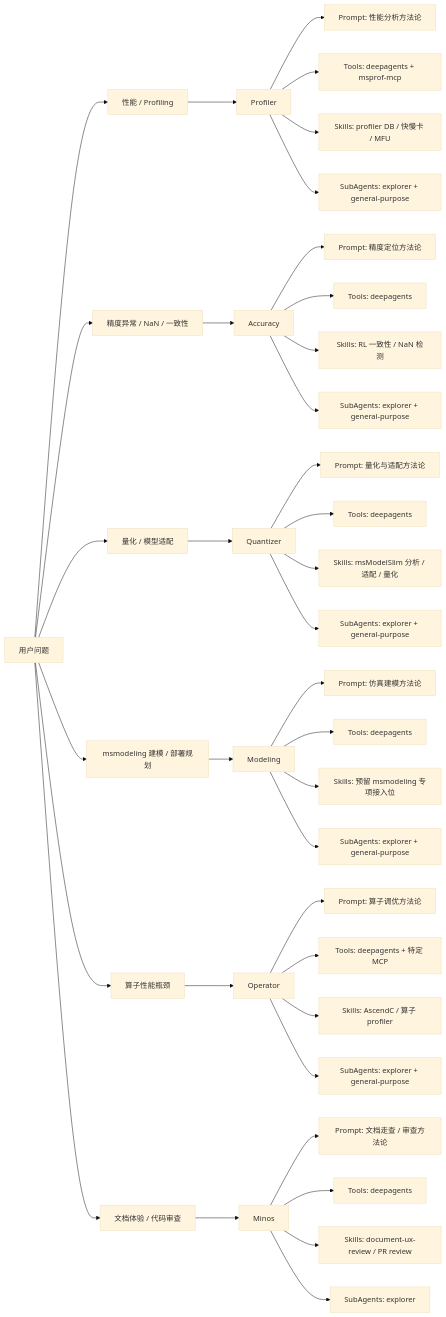
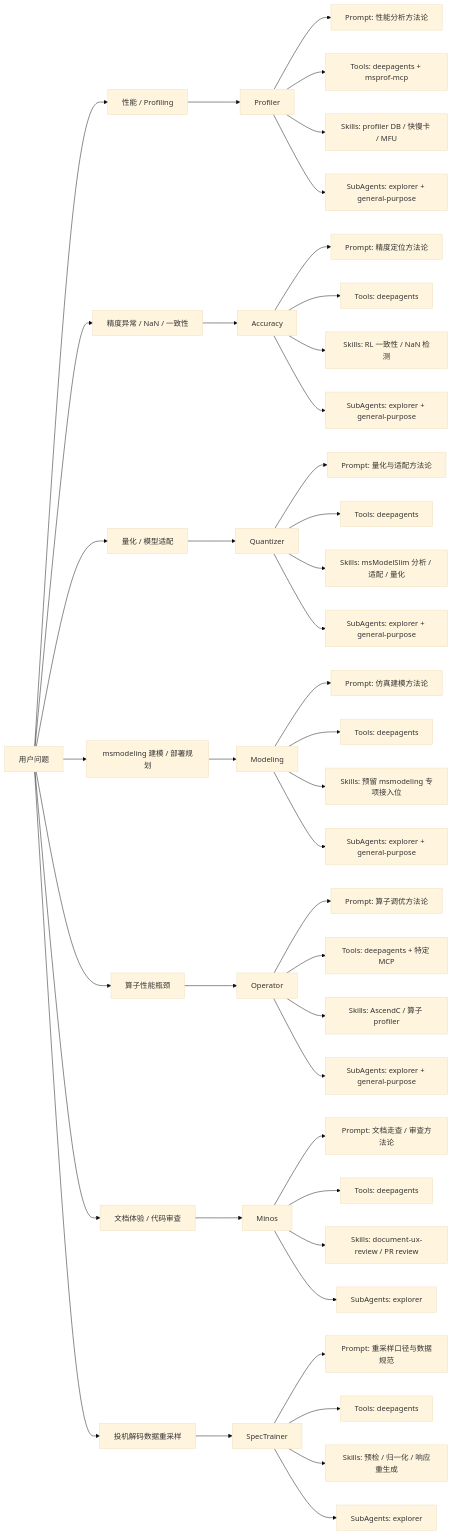
Before and after one commit to mindstudio-docs/master: the third of 6 diagrams in msagent/docs/zh/design/msagent_design.md, drawn with Mermaid (base theme). The commit also changed other lines of this file and 860 other files, not shown here.

````diff
--- a/msagent/docs/zh/design/msagent_design.md
+++ b/msagent/docs/zh/design/msagent_design.md
@@ -216,46 +217,53 @@
 ```mermaid
 flowchart LR
     U["用户问题"] --> Q1["性能 / Profiling"]
     U --> Q2["精度异常 / NaN / 一致性"]
     U --> Q3["量化 / 模型适配"]
     U --> Q4["msmodeling 建模 / 部署规划"]
     U --> Q5["算子性能瓶颈"]
     U --> Q6["文档体验 / 代码审查"]
+    U --> Q7["投机解码数据重采样"]
 
     Q1 --> H["Profiler"]
     Q2 --> A["Accuracy"]
     Q3 --> Z["Quantizer"]
     Q4 --> O["Modeling"]
     Q5 --> I["Operator"]
     Q6 --> M["Minos"]
+    Q7 --> S["SpecTrainer"]
 
     H --> H1["Prompt: 性能分析方法论"]
     H --> H2["Tools: deepagents + msprof-mcp"]
     H --> H3["Skills: profiler DB / 快慢卡 / MFU"]
     H --> H4["SubAgents: explorer + general-purpose"]
 
     A --> A1["Prompt: 精度定位方法论"]
     A --> A2["Tools: deepagents"]
     A --> A3["Skills: RL 一致性 / NaN 检测"]
     A --> A4["SubAgents: explorer + general-purpose"]
 
     Z --> Z1["Prompt: 量化与适配方法论"]
     Z --> Z2["Tools: deepagents"]
     Z --> Z3["Skills: msModelSlim 分析 / 适配 / 量化"]
     Z --> Z4["SubAgents: explorer + general-purpose"]
 
     O --> O1["Prompt: 仿真建模方法论"]
     O --> O2["Tools: deepagents"]
     O --> O3["Skills: 预留 msmodeling 专项接入位"]
     O --> O4["SubAgents: explorer + general-purpose"]
 
     I --> I1["Prompt: 算子调优方法论"]
     I --> I2["Tools: deepagents + 特定 MCP"]
     I --> I3["Skills: AscendC / 算子 profiler"]
     I --> I4["SubAgents: explorer + general-purpose"]
 
     M --> M1["Prompt: 文档走查 / 审查方法论"]
     M --> M2["Tools: deepagents"]
     M --> M3["Skills: document-ux-review / PR review"]
     M --> M4["SubAgents: explorer"]
+
+    S --> S1["Prompt: 重采样口径与数据规范"]
+    S --> S2["Tools: deepagents"]
+    S --> S3["Skills: 预检 / 归一化 / 响应重生成"]
+    S --> S4["SubAgents: explorer"]
 ```
````
